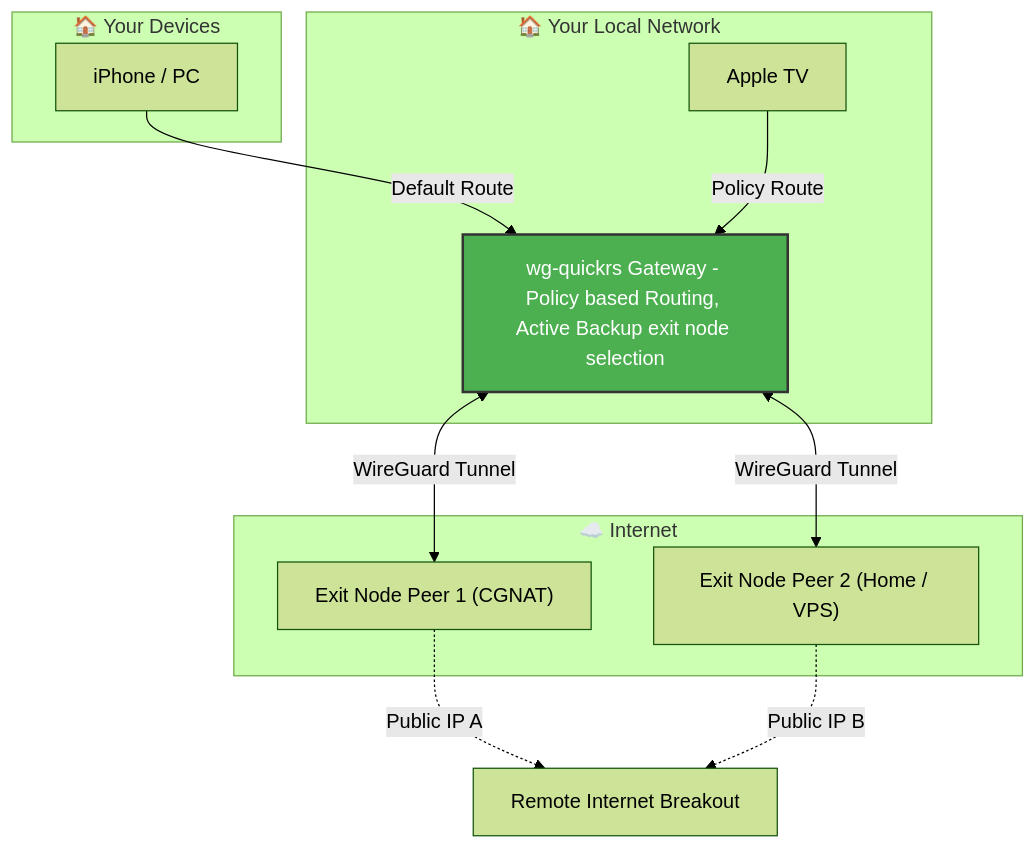
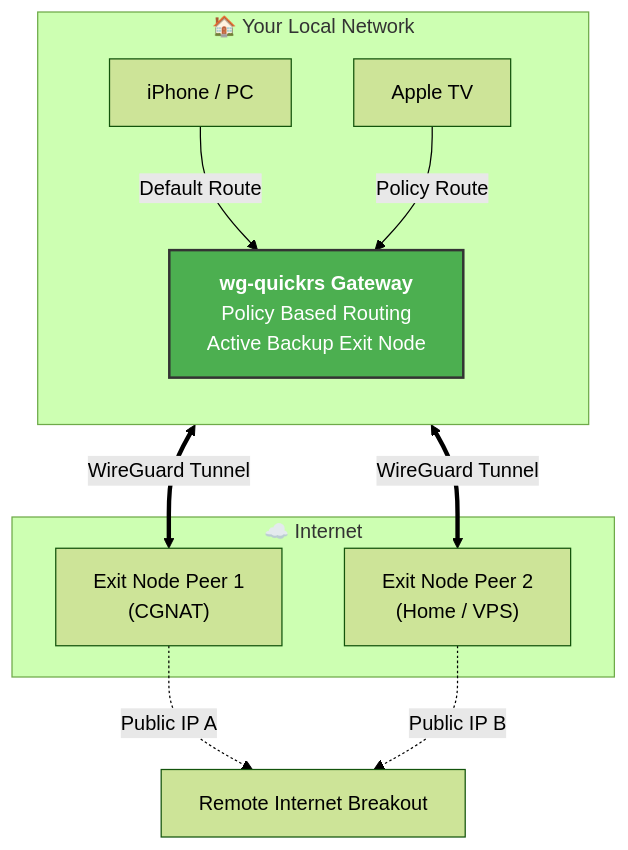
Before and after one commit to grizzy255/wg-quickrs-router: the diagram in README.md, drawn with Mermaid (forest theme).

Commit message:
fix: Remove HTML tags from mermaid diagram for GitHub compatibility

````diff
--- a/README.md
+++ b/README.md
@@ -33,28 +33,29 @@
 ```mermaid
 flowchart TD
     subgraph LAN ["🏠 Your Local Network"]
+        direction TB
+        iPhone["iPhone / PC"]
         ATV["Apple TV"]
-        Gateway["wg-quickrs Gateway - Policy based Routing, Active Backup exit node selection"]
-    end
-
-    subgraph Local Internet ["🏠 Your Devices"]
-        iPhone["iPhone / PC"]
-        Gateway["wg-quickrs Gateway - Policy based Routing, Active Backup exit node selection"]
+        
+        %% Use <br/> to break lines manually
+        Gateway["<b>wg-quickrs Gateway</b><br/>Policy Based Routing<br/>Active Backup Exit Node"]
     end
 
     subgraph Internet ["☁️ Internet"]
-        Remote1["Exit Node Peer 1 (CGNAT)"]
-        Remote2["Exit Node Peer 2 (Home / VPS)"]
+        Remote1["Exit Node Peer 1<br/>(CGNAT)"]
+        Remote2["Exit Node Peer 2<br/>(Home / VPS)"]
     end
 
+    %% Connections
     iPhone -->|Default Route| Gateway
     ATV -->|Policy Route| Gateway
     
-    Gateway <-->|WireGuard Tunnel| Remote1
-    Gateway <-->|WireGuard Tunnel| Remote2
+    Gateway <==>|WireGuard Tunnel| Remote1
+    Gateway <==>|WireGuard Tunnel| Remote2
     
     Remote1 -.->|Public IP A| World["Remote Internet Breakout"]
     Remote2 -.->|Public IP B| World
 
+    %% Styling
     style Gateway fill:#4CAF50,stroke:#333,stroke-width:2px,color:#fff
 ```
````
